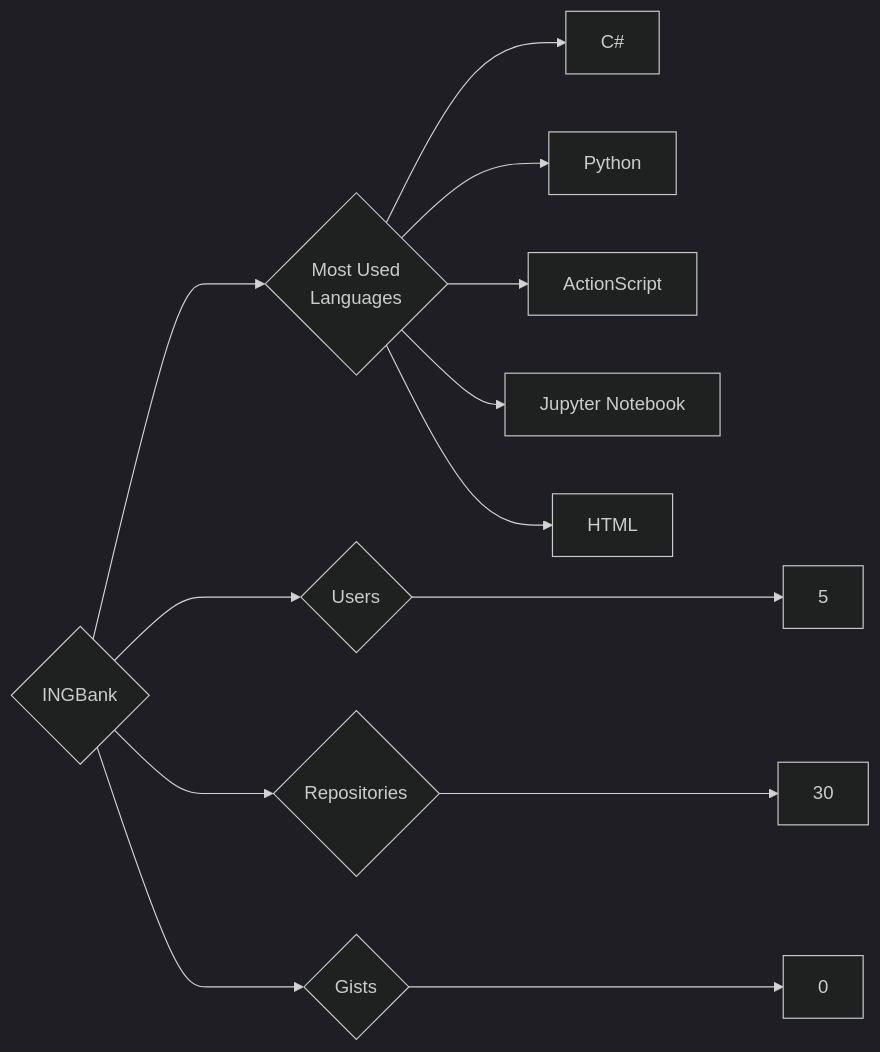
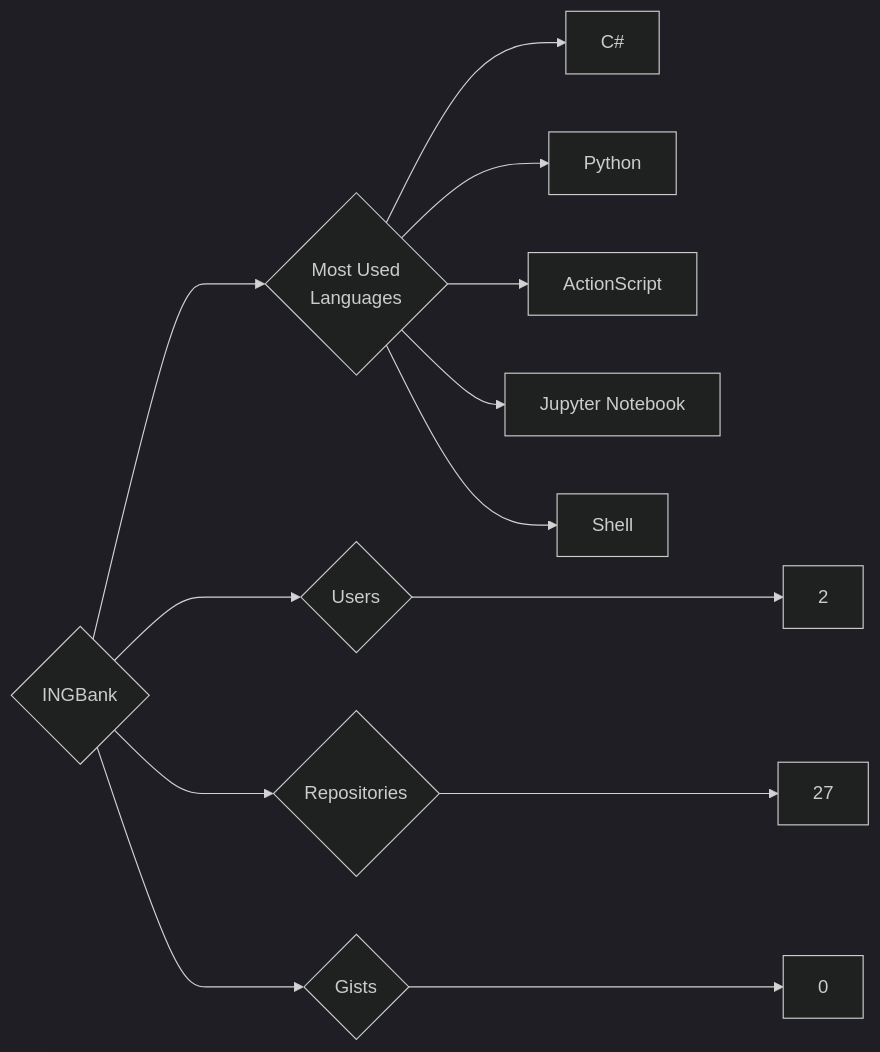
The diagram in targets/INGBank/README.md (trickest/insiders), drawn with Mermaid (dark theme) before and after one commit. The commit also changed 998 other files, not shown here.

````diff
--- a/targets/INGBank/README.md
+++ b/targets/INGBank/README.md
@@ -3,13 +3,13 @@
 ```mermaid
 graph LR
 COMPANY_NAME{INGBank}
-COMPANY_NAME ---> U{Users} ---> UN[5]
-COMPANY_NAME ---> R{Repositories} ---> RN[30]
+COMPANY_NAME ---> U{Users} ---> UN[2]
+COMPANY_NAME ---> R{Repositories} ---> RN[27]
 COMPANY_NAME ---> G{Gists} ---> GN[0]
 COMPANY_NAME ---> ML{Most Used<br>Languages}
 ML --> C#[C#]
 ML --> Python[Python]
 ML --> ActionScript[ActionScript]
 ML --> Jupyter_Notebook[Jupyter Notebook]
-ML --> HTML[HTML]
+ML --> Shell[Shell]
 ```
````
